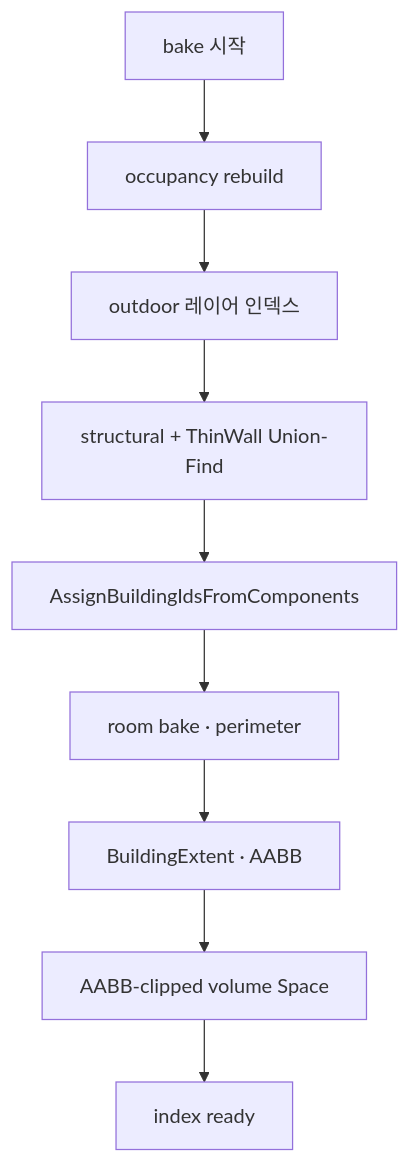
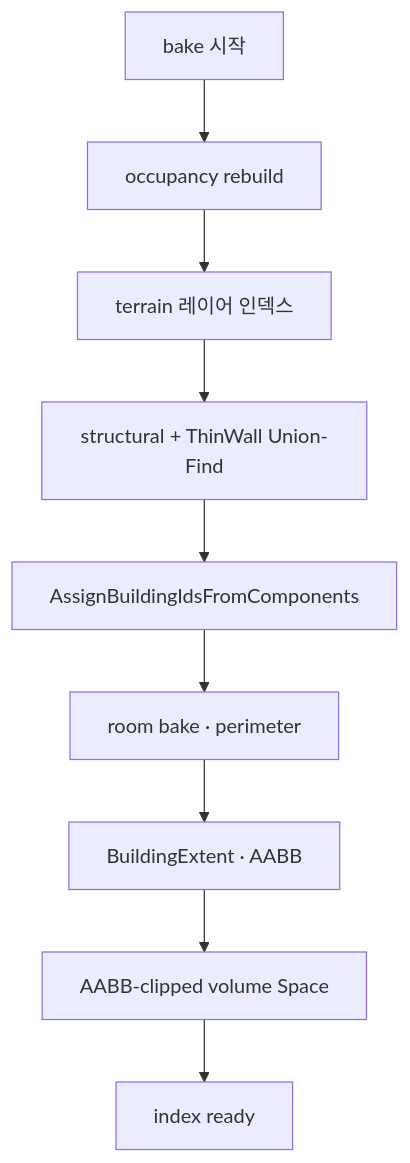
One commit to garunnir/Project_Alpha changed the diagram in docs/map/TILEMAP_BUILDING_BAKE.md. Above: the diagram before and after it, drawn with Mermaid. The commit also changed other lines of this file and 42 other files, not shown here.

````diff
--- a/docs/map/TILEMAP_BUILDING_BAKE.md
+++ b/docs/map/TILEMAP_BUILDING_BAKE.md
@@ -138,11 +138,11 @@
 ```mermaid
 flowchart TD
     Start[bake 시작] --> Occ[occupancy rebuild]
-    Occ --> Outdoor[outdoor 레이어 인덱스]
-    Outdoor --> Comp[structural + ThinWall Union-Find]
+    Occ --> Terrain[terrain 레이어 인덱스]
+    Terrain --> Comp[structural + ThinWall Union-Find]
     Comp --> AssignId[AssignBuildingIdsFromComponents]
     AssignId --> Rooms[room bake · perimeter]
     Rooms --> Extent[BuildingExtent · AABB]
     Extent --> SpaceBake[AABB-clipped volume Space]
     SpaceBake --> Done[index ready]
 ```
````
